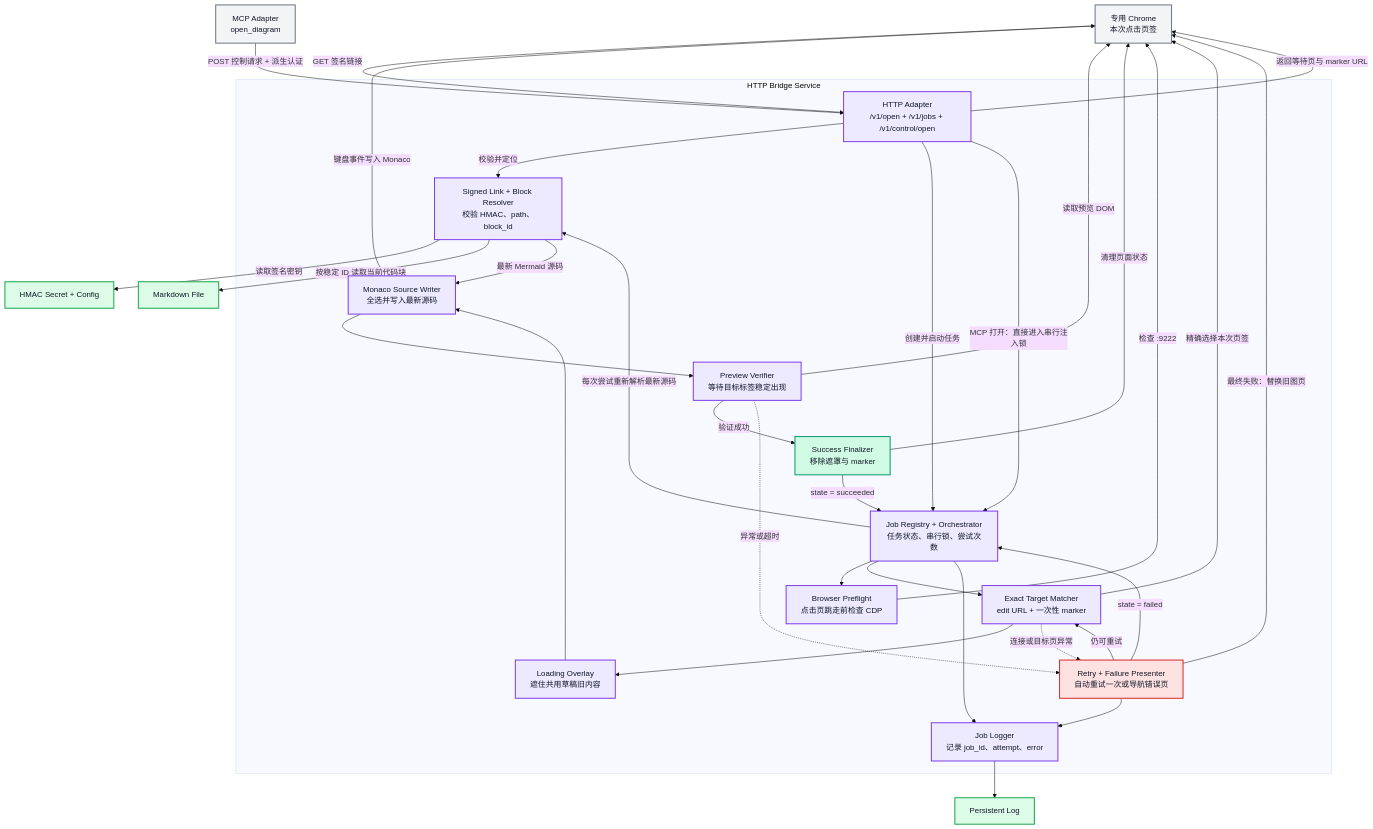
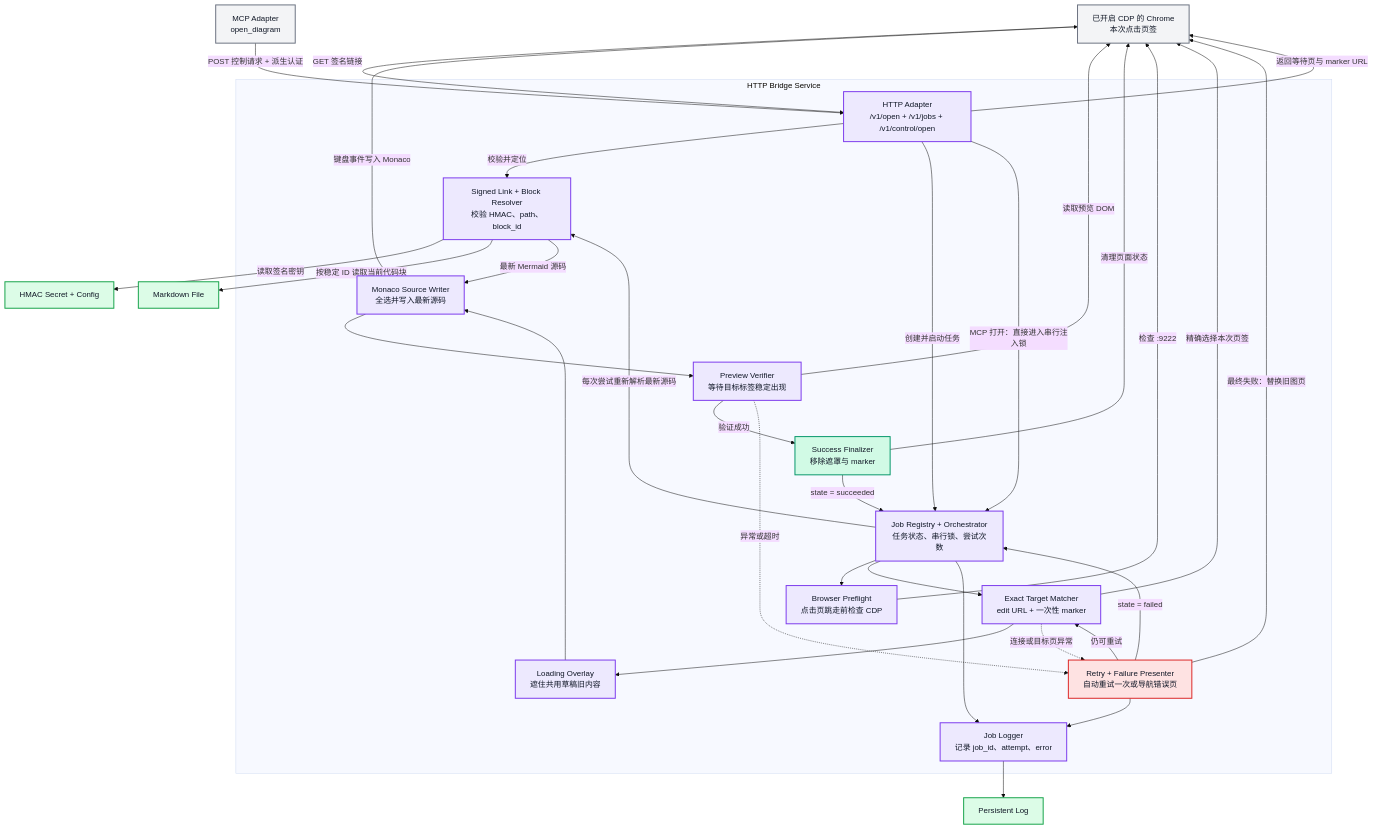
The third of 3 diagrams in docs/C4.md (Async23/mermaid-ai-links), drawn with Mermaid (base theme) before and after one commit. The commit also changed other lines of this file and 12 other files, not shown here.

First line of the commit message:
fix: scope Chrome CDP injection to target tab

````diff
--- a/docs/C4.md
+++ b/docs/C4.md
@@ -134,71 +134,71 @@
 ```mermaid
 flowchart TB
-    external_chrome["专用 Chrome<br/>本次点击页签"]
+    external_chrome["已开启 CDP 的 Chrome<br/>本次点击页签"]
     external_mcp["MCP Adapter<br/>open_diagram"]
     store_docs["Markdown File"]
     store_secret["HMAC Secret + Config"]
     store_log["Persistent Log"]
 
     subgraph service_boundary ["HTTP Bridge Service"]
         component_http["HTTP Adapter<br/>/v1/open + /v1/jobs + /v1/control/open"]
         component_resolver["Signed Link + Block Resolver<br/>校验 HMAC、path、block_id"]
         component_jobs["Job Registry + Orchestrator<br/>任务状态、串行锁、尝试次数"]
         component_preflight["Browser Preflight<br/>点击页跳走前检查 CDP"]
 
         component_target["Exact Target Matcher<br/>edit URL + 一次性 marker"]
         component_overlay["Loading Overlay<br/>遮住共用草稿旧内容"]
         component_writer["Monaco Source Writer<br/>全选并写入最新源码"]
         component_verifier["Preview Verifier<br/>等待目标标签稳定出现"]
         component_success["Success Finalizer<br/>移除遮罩与 marker"]
         component_failure["Retry + Failure Presenter<br/>自动重试一次或导航错误页"]
         component_logger["Job Logger<br/>记录 job_id、attempt、error"]
     end
 
     external_chrome -->|"GET 签名链接"| component_http
     external_mcp -->|"POST 控制请求 + 派生认证"| component_http
     component_http -->|"校验并定位"| component_resolver
     component_resolver -->|"读取签名密钥"| store_secret
     component_resolver -->|"按稳定 ID 读取当前代码块"| store_docs
     component_http -->|"创建并启动任务"| component_jobs
     component_http -->|"MCP 打开：直接进入串行注入锁"| component_jobs
     component_http -->|"返回等待页与 marker URL"| external_chrome
 
     component_jobs --> component_preflight
     component_preflight -->|"检查 :9222"| external_chrome
     component_jobs -->|"每次尝试重新解析最新源码"| component_resolver
     component_jobs --> component_target
 
     component_target -->|"精确选择本次页签"| external_chrome
     component_target --> component_overlay
     component_overlay --> component_writer
     component_resolver -->|"最新 Mermaid 源码"| component_writer
     component_writer -->|"键盘事件写入 Monaco"| external_chrome
     component_writer --> component_verifier
     component_verifier -->|"读取预览 DOM"| external_chrome
 
     component_verifier -->|"验证成功"| component_success
     component_success -->|"清理页面状态"| external_chrome
     component_success -->|"state = succeeded"| component_jobs
 
     component_verifier -.->|"异常或超时"| component_failure
     component_target -.->|"连接或目标页异常"| component_failure
     component_failure -->|"仍可重试"| component_target
     component_failure -->|"最终失败：替换旧图页"| external_chrome
     component_failure -->|"state = failed"| component_jobs
 
     component_jobs --> component_logger
     component_failure --> component_logger
     component_logger --> store_log
 
     classDef component fill:#EDE9FE,stroke:#7C3AED,color:#111827,stroke-width:2px
     classDef external fill:#F3F4F6,stroke:#6B7280,color:#111827,stroke-width:2px
     classDef store fill:#DCFCE7,stroke:#16A34A,color:#111827,stroke-width:2px
     classDef failure fill:#FEE2E2,stroke:#DC2626,color:#111827,stroke-width:2px
     classDef success fill:#D1FAE5,stroke:#059669,color:#111827,stroke-width:2px
 
     class component_http,component_resolver,component_jobs,component_preflight,component_target,component_overlay,component_writer,component_verifier,component_logger component
     class component_failure failure
     class component_success success
     class external_chrome,external_mcp external
     class store_docs,store_secret,store_log store
 ```
````
